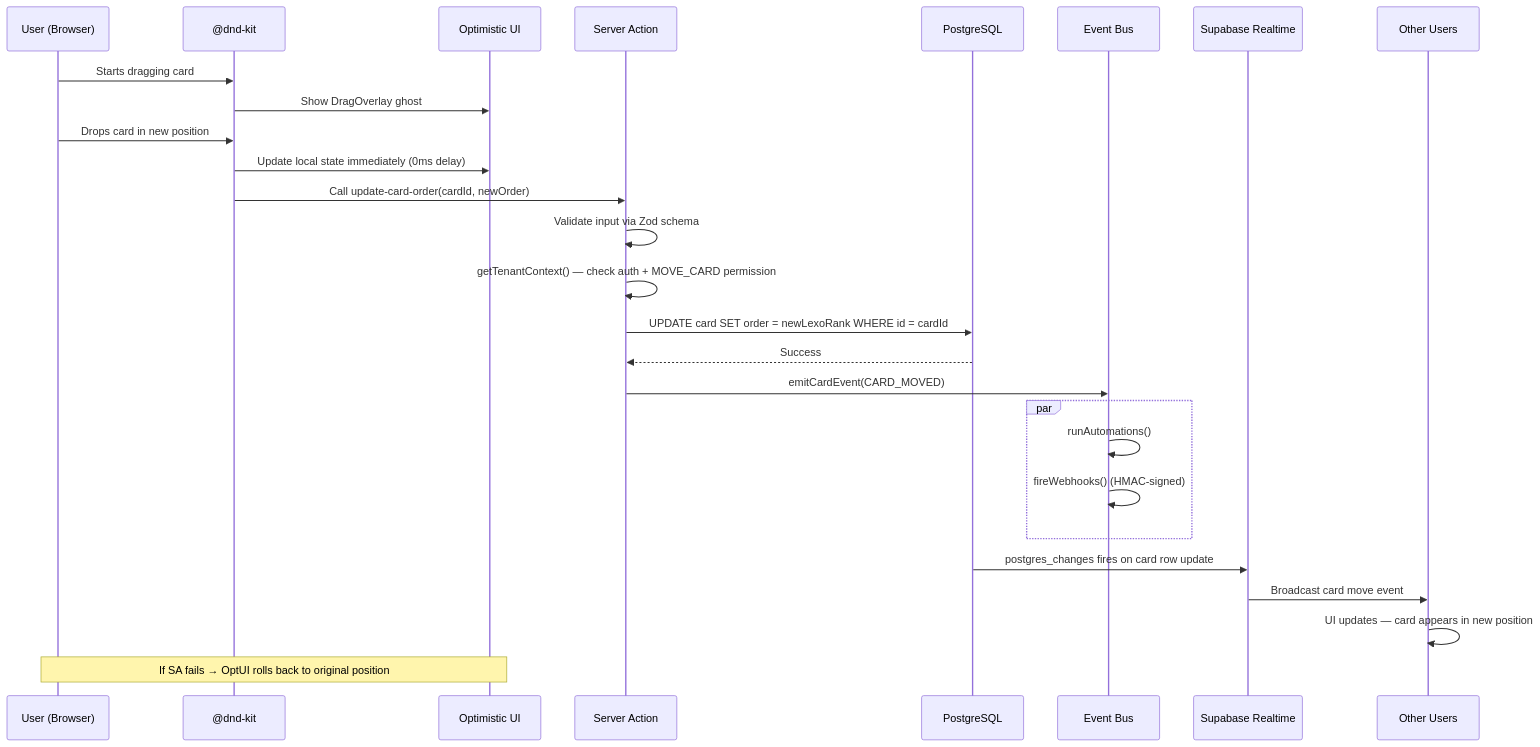
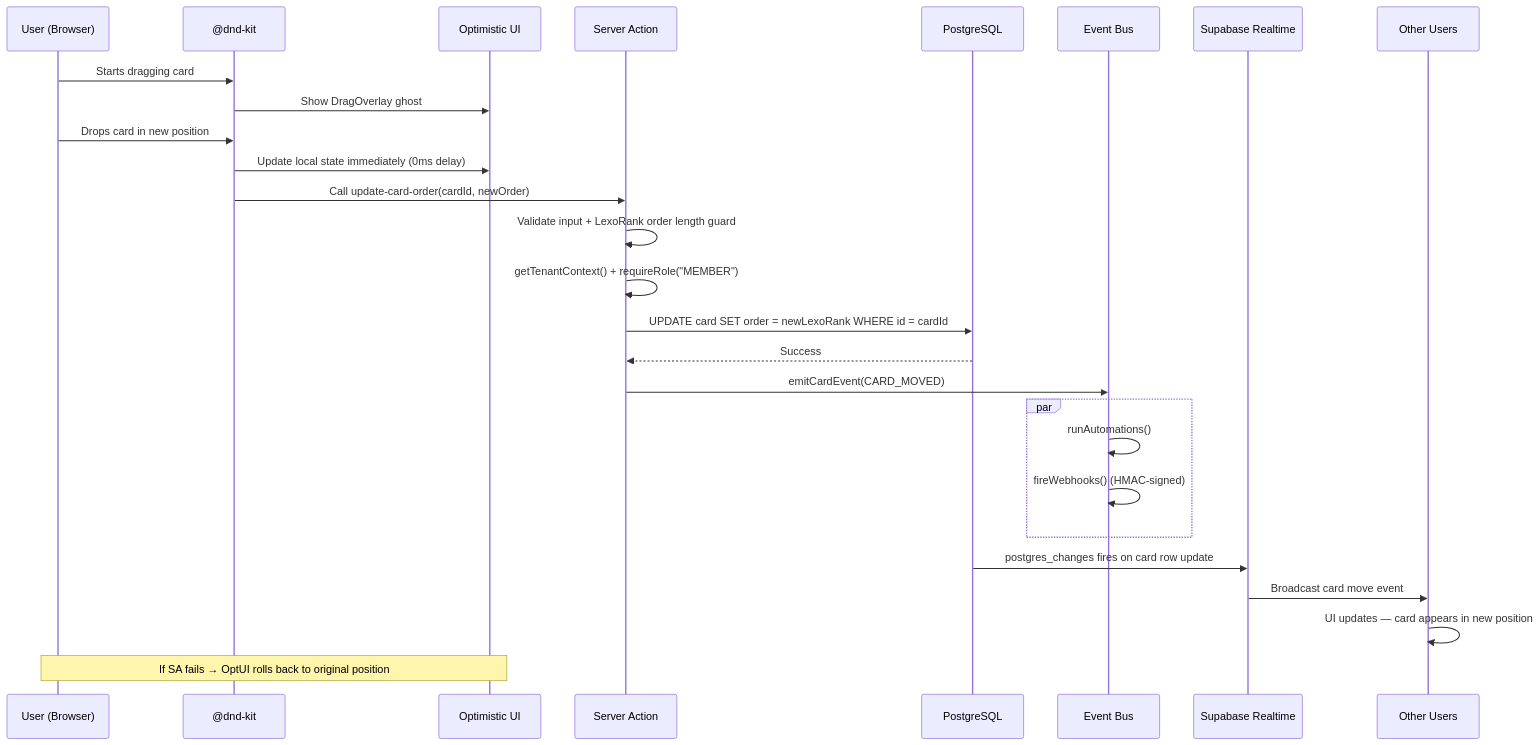
The sixth of 9 diagrams in README.md (viraj1011JAIN/Nexus), drawn with Mermaid before and after one commit. The commit also changed other lines of this file, not shown here.

First line of the commit message:
docs: fix README diagram inaccuracies against actual codebase

````diff
--- a/README.md
+++ b/README.md
@@ -2641,30 +2641,30 @@
 ```mermaid
 sequenceDiagram
     participant U as User (Browser)
     participant DND as @dnd-kit
     participant OptUI as Optimistic UI
     participant SA as Server Action
     participant DB as PostgreSQL
     participant EB as Event Bus
     participant RT as Supabase Realtime
     participant Other as Other Users
 
     U->>DND: Starts dragging card
     DND->>OptUI: Show DragOverlay ghost
     U->>DND: Drops card in new position
     DND->>OptUI: Update local state immediately (0ms delay)
     DND->>SA: Call update-card-order(cardId, newOrder)
-    SA->>SA: Validate input via Zod schema
-    SA->>SA: getTenantContext() — check auth + MOVE_CARD permission
+    SA->>SA: Validate input + LexoRank order length guard
+    SA->>SA: getTenantContext() + requireRole("MEMBER")
     SA->>DB: UPDATE card SET order = newLexoRank WHERE id = cardId
     DB-->>SA: Success
     SA->>EB: emitCardEvent(CARD_MOVED)
     par
         EB->>EB: runAutomations()
         EB->>EB: fireWebhooks() (HMAC-signed)
     end
     DB->>RT: postgres_changes fires on card row update
     RT->>Other: Broadcast card move event
     Other->>Other: UI updates — card appears in new position
     Note over U,OptUI: If SA fails → OptUI rolls back to original position
 ```
````
